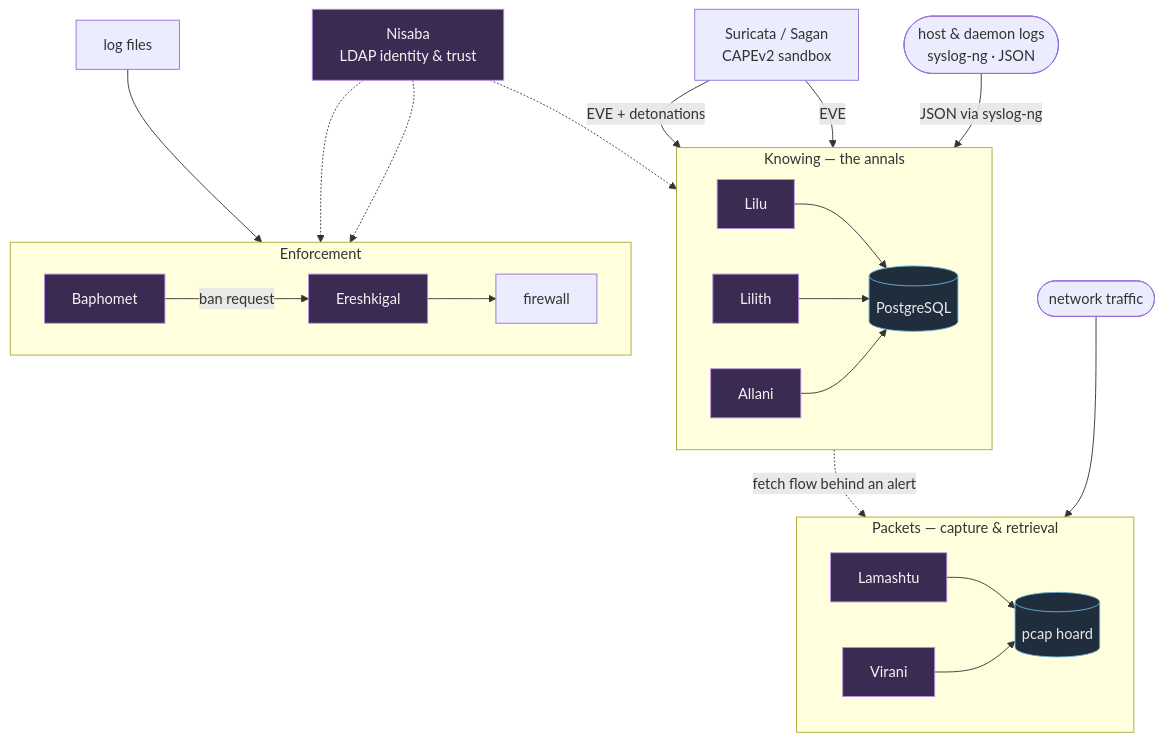
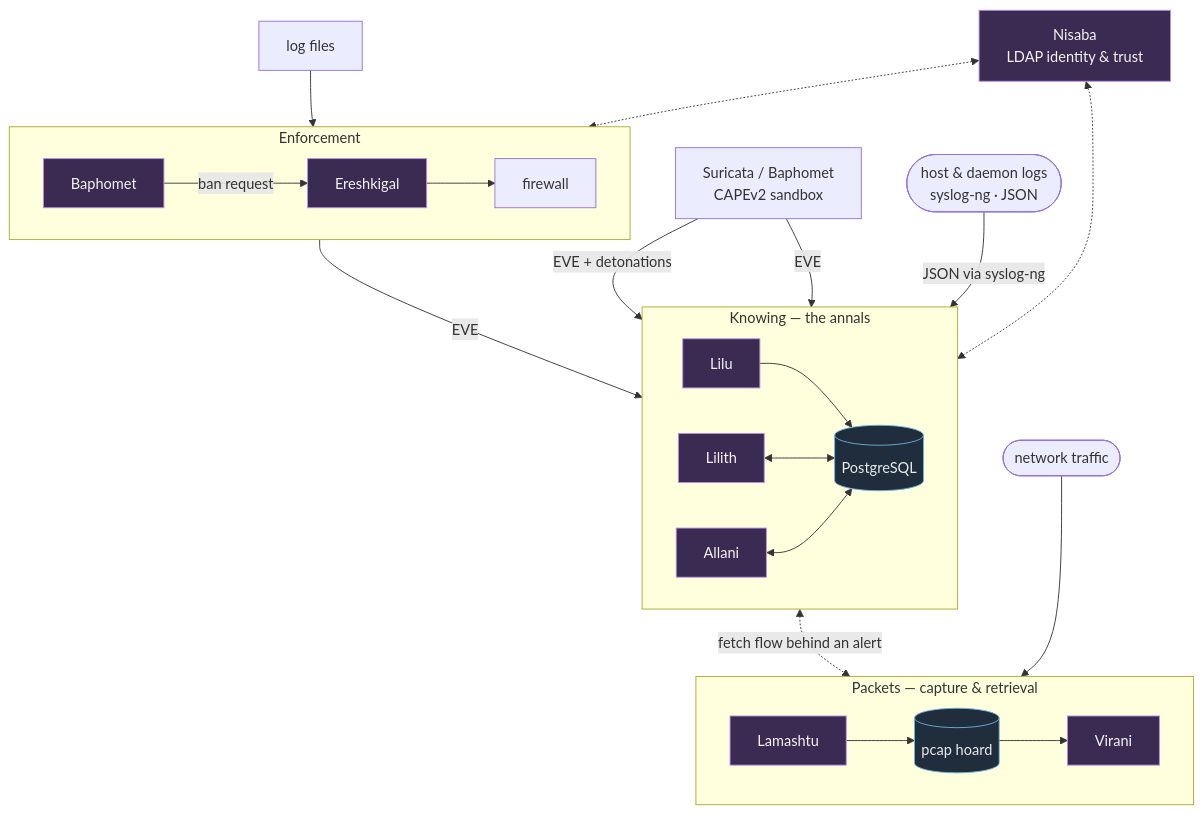
Before and after one commit to LilithSec/docs: the diagram in docs/pantheon.md, drawn with Mermaid. The commit also changed other lines of this file, not shown here.

Commit message:
checkpoint

````diff
--- a/docs/pantheon.md
+++ b/docs/pantheon.md
@@ -26,53 +26,53 @@
 ```mermaid
 flowchart TB
-  sensors["Suricata / Sagan<br/>CAPEv2 sandbox"]
+  sensors["Suricata / Baphomet<br/>CAPEv2 sandbox"]
   wire(["network traffic"])
   logs["log files"]
   syslog(["host &amp; daemon logs<br/>syslog-ng · JSON"])
 
   subgraph know["Knowing — the annals"]
     direction LR
     Lilu["Lilu"]
     Lilith["Lilith"]
     Allani["Allani"]
     DB[("PostgreSQL")]
     Lilu --> DB
-    Lilith --> DB
-    Allani --> DB
+    Lilith <--> DB
+    Allani <--> DB
   end
 
   subgraph pkt["Packets — capture &amp; retrieval"]
     direction LR
     Lamashtu["Lamashtu"]
     Virani["Virani"]
     PCAP[("pcap hoard")]
     Lamashtu --> PCAP
-    Virani --> PCAP
+    PCAP --> Virani
   end
 
   subgraph enf["Enforcement"]
     direction LR
     Baphomet["Baphomet"]
     Ereshkigal["Ereshkigal"]
     FW["firewall"]
     Baphomet -->|ban request| Ereshkigal --> FW
   end
 
   Nisaba["Nisaba<br/>LDAP identity &amp; trust"]
 
   sensors -->|EVE + detonations| Lilith
   sensors -->|EVE| Lilu
   syslog -->|JSON via syslog-ng| Allani
   wire --> Lamashtu
   logs --> Baphomet
-  Lilith -.->|fetch flow behind an alert| Virani
+  Baphomet -->|EVE| know
+  Lilith <-.->|fetch flow behind an alert| Virani
 
-  Nisaba -.-> Lilith
-  Nisaba -.-> Baphomet
-  Nisaba -.-> Ereshkigal
+  Nisaba <-.-> Lilith
+  Nisaba <-.-> enf
 
   classDef daemon fill:#3b2a52,stroke:#b98fe0,stroke-width:1px,color:#f4f4f4;
   classDef store fill:#1f2d3d,stroke:#6fb1d6,color:#eaeaea;
   class Lilu,Lilith,Allani,Lamashtu,Virani,Baphomet,Ereshkigal,Nisaba daemon;
   class DB,PCAP store;
 ```
````
